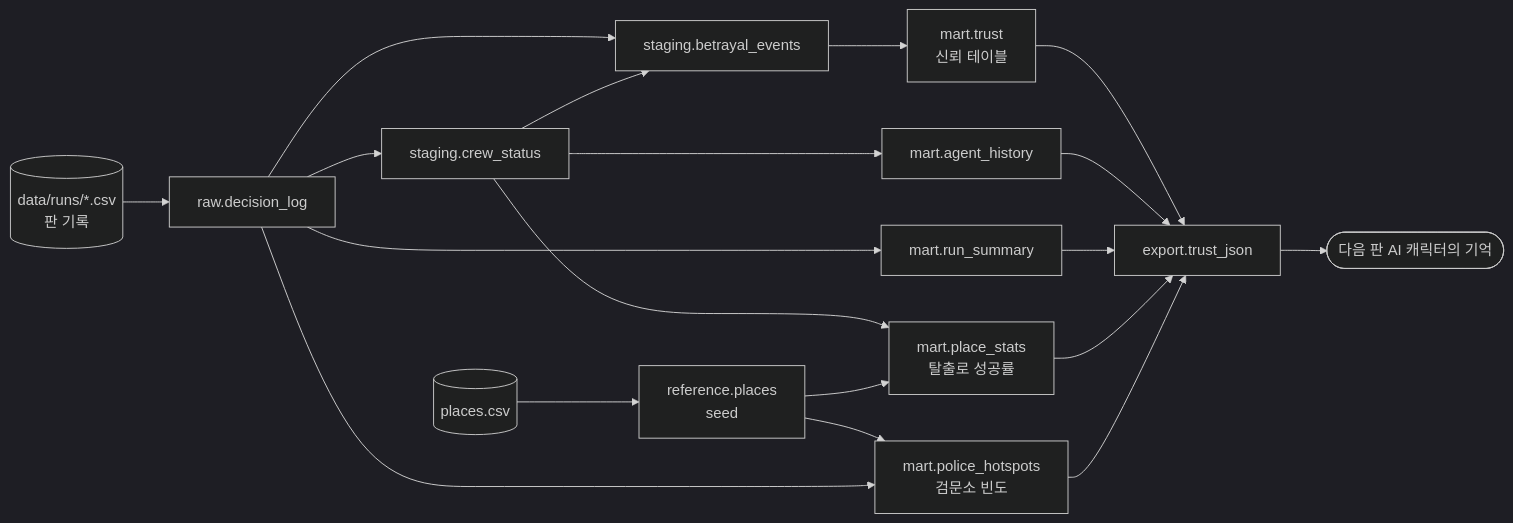
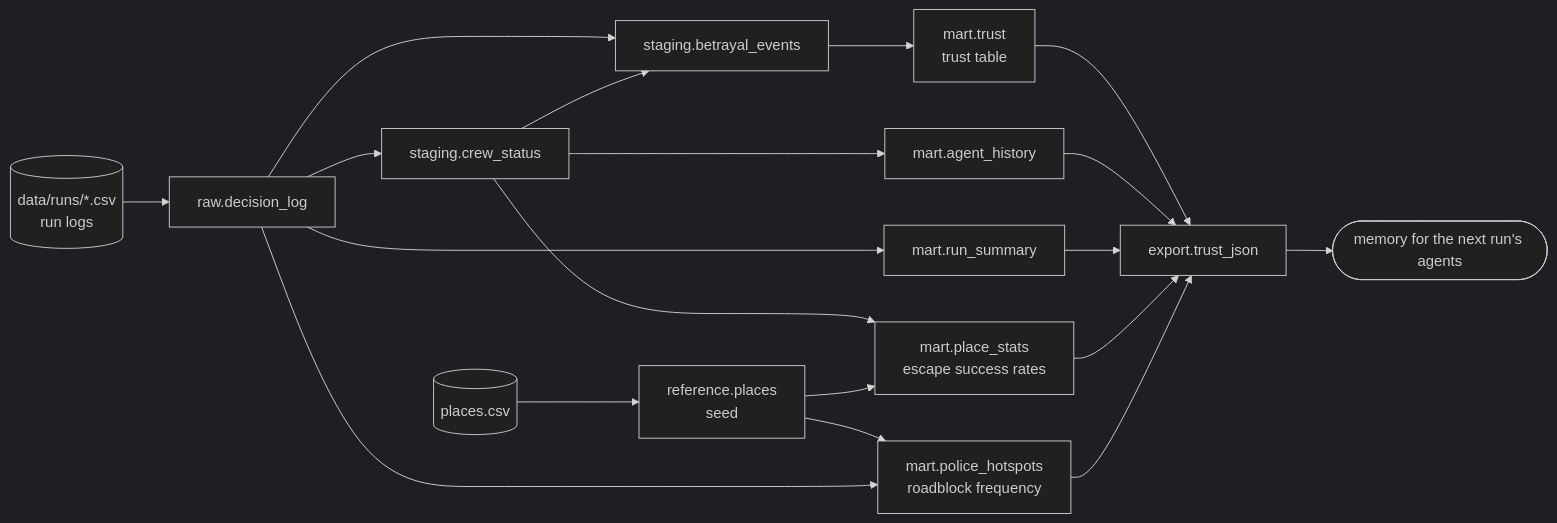
The diagram in README.md (jihyeonkim610/transamerica-job), drawn with Mermaid (dark theme) before and after one commit. The commit also changed other lines of this file, not shown here.

````diff
--- a/README.md
+++ b/README.md
@@ -97,21 +44,21 @@
 ```mermaid
 flowchart LR
-  csv[("data/runs/*.csv<br/>판 기록")] --> raw["raw.decision_log"]
+  csv[("data/runs/*.csv<br/>run logs")] --> raw["raw.decision_log"]
   seed[("places.csv")] --> places["reference.places<br/>seed"]
   raw --> status["staging.crew_status"]
   raw --> events["staging.betrayal_events"]
   status --> events
-  events --> trust["mart.trust<br/>신뢰 테이블"]
+  events --> trust["mart.trust<br/>trust table"]
   status --> history["mart.agent_history"]
   raw --> summary["mart.run_summary"]
-  status --> placestats["mart.place_stats<br/>탈출로 성공률"]
+  status --> placestats["mart.place_stats<br/>escape success rates"]
   places --> placestats
-  places --> hotspots["mart.police_hotspots<br/>검문소 빈도"]
+  places --> hotspots["mart.police_hotspots<br/>roadblock frequency"]
   raw --> hotspots
   trust --> export["export.trust_json"]
   history --> export
   summary --> export
   placestats --> export
   hotspots --> export
-  export --> page(["다음 판 AI 캐릭터의 기억"])
+  export --> page(["memory for the next run's agents"])
 ```
````
